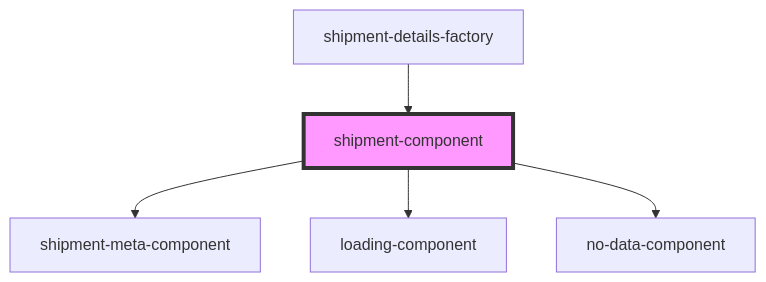
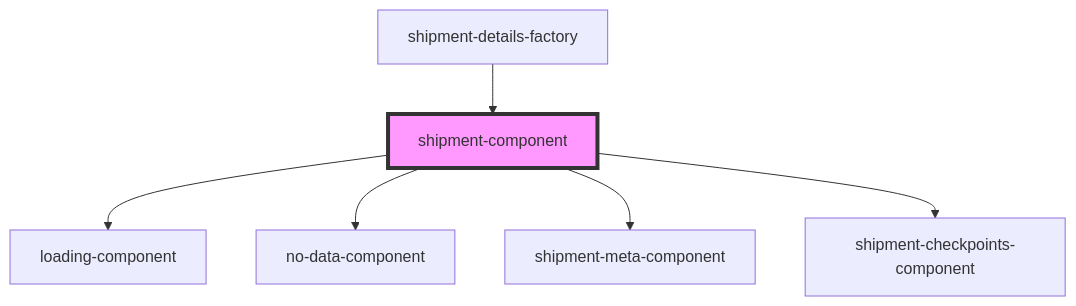
The diagram in src/presentation/components/shipment/readme.md (GoApptiv/bluedart-tracking-web-component), drawn with Mermaid before and after one commit. The commit also changed other lines of this file and 12 other files, not shown here.

Commit message:
Create shipment meta and checkpoints component

````diff
--- a/src/presentation/components/shipment/readme.md
+++ b/src/presentation/components/shipment/readme.md
@@ -30,8 +31,9 @@
 ```mermaid
 graph TD;
-  shipment-component --> shipment-meta-component
   shipment-component --> loading-component
   shipment-component --> no-data-component
+  shipment-component --> shipment-meta-component
+  shipment-component --> shipment-checkpoints-component
   shipment-details-factory --> shipment-component
   style shipment-component fill:#f9f,stroke:#333,stroke-width:4px
 ```
````
